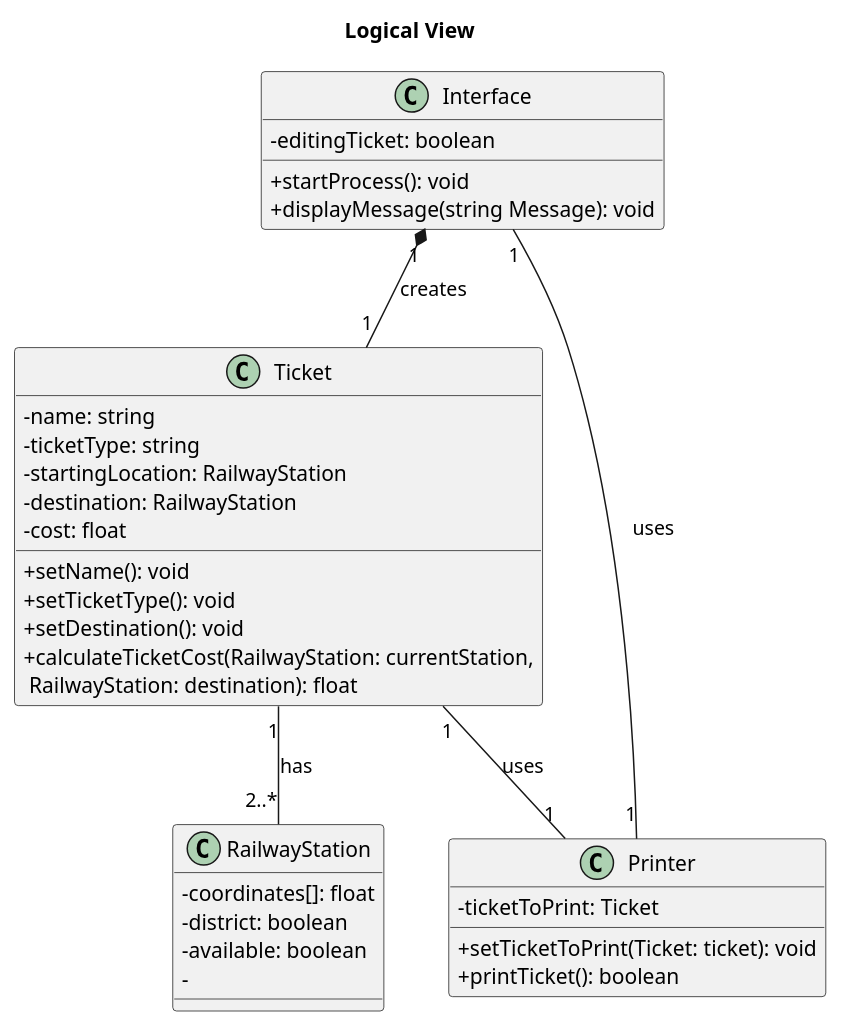
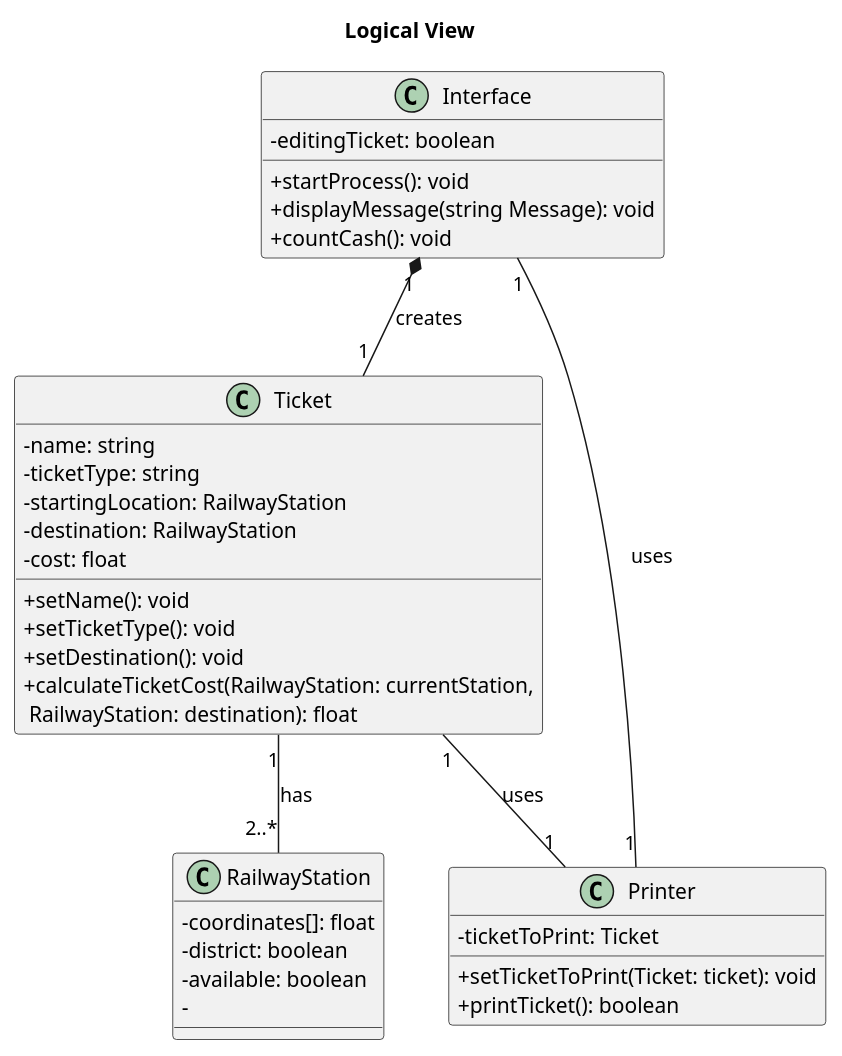
The first of 4 diagrams in src/sheet2/2.puml (larsfriese/swed-fra-uas), drawn with PlantUML before and after one commit. The commit also changed other lines of this file and 4 other files, not shown here.

```diff
--- a/src/sheet2/2.puml
+++ b/src/sheet2/2.puml
@@ -1,45 +1,46 @@
 @startuml
 skinparam classAttributeIconSize 0
 
 title Logical View
 
 class Interface {
     - editingTicket: boolean
 
     + startProcess(): void
     + displayMessage(string Message): void
+    + countCash(): void
 }
 
 class Ticket {
     - name: string
     - ticketType: string
     - startingLocation: RailwayStation
     - destination: RailwayStation
     - cost: float
 
     + setName(): void
     + setTicketType(): void
     + setDestination(): void
     + calculateTicketCost(RailwayStation: currentStation,\n RailwayStation: destination): float
 
 }
 
 class RailwayStation {
     - coordinates[]: float
     - district: boolean
     - available: boolean
     -
 }
 
 class Printer {
     - ticketToPrint: Ticket
 
     +setTicketToPrint(Ticket: ticket): void
     +printTicket(): boolean
 }
 
 Interface "1" *-- "1" Ticket : creates
 Interface "1" -- "1" Printer : uses
 Ticket "1" -- "1" Printer : uses
 Ticket "1" -- "2..*" RailwayStation : has
 @enduml
```
